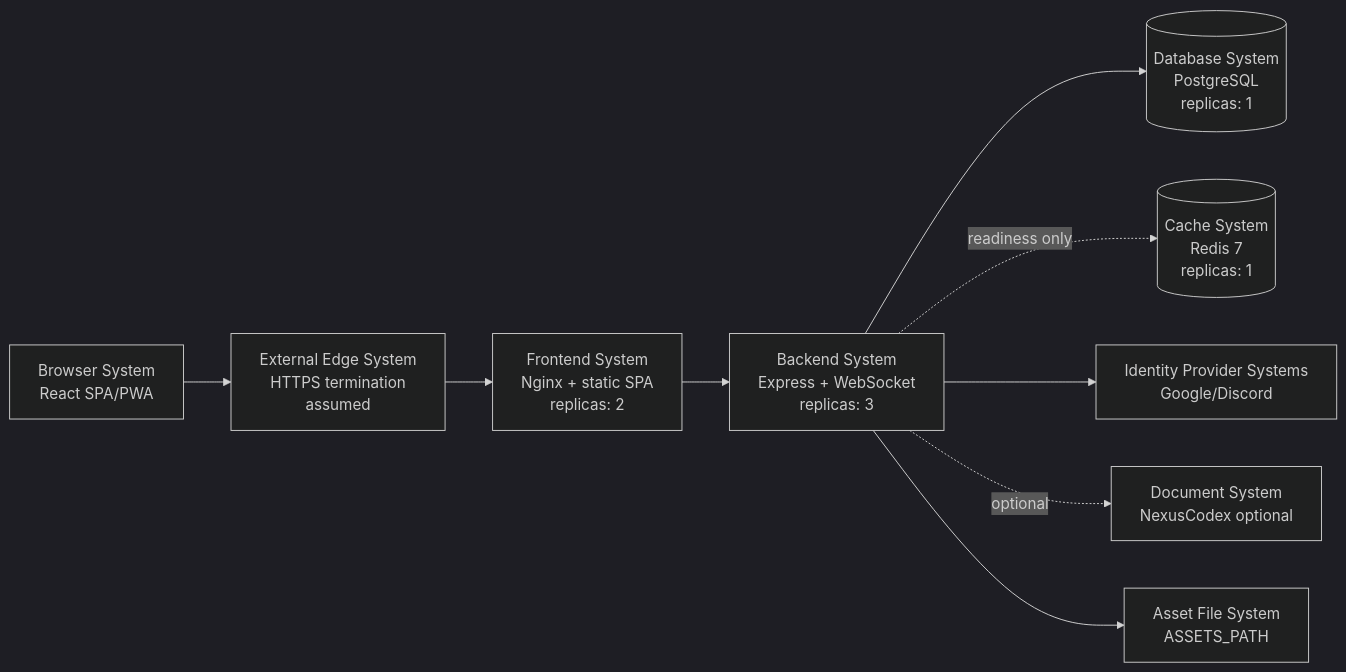
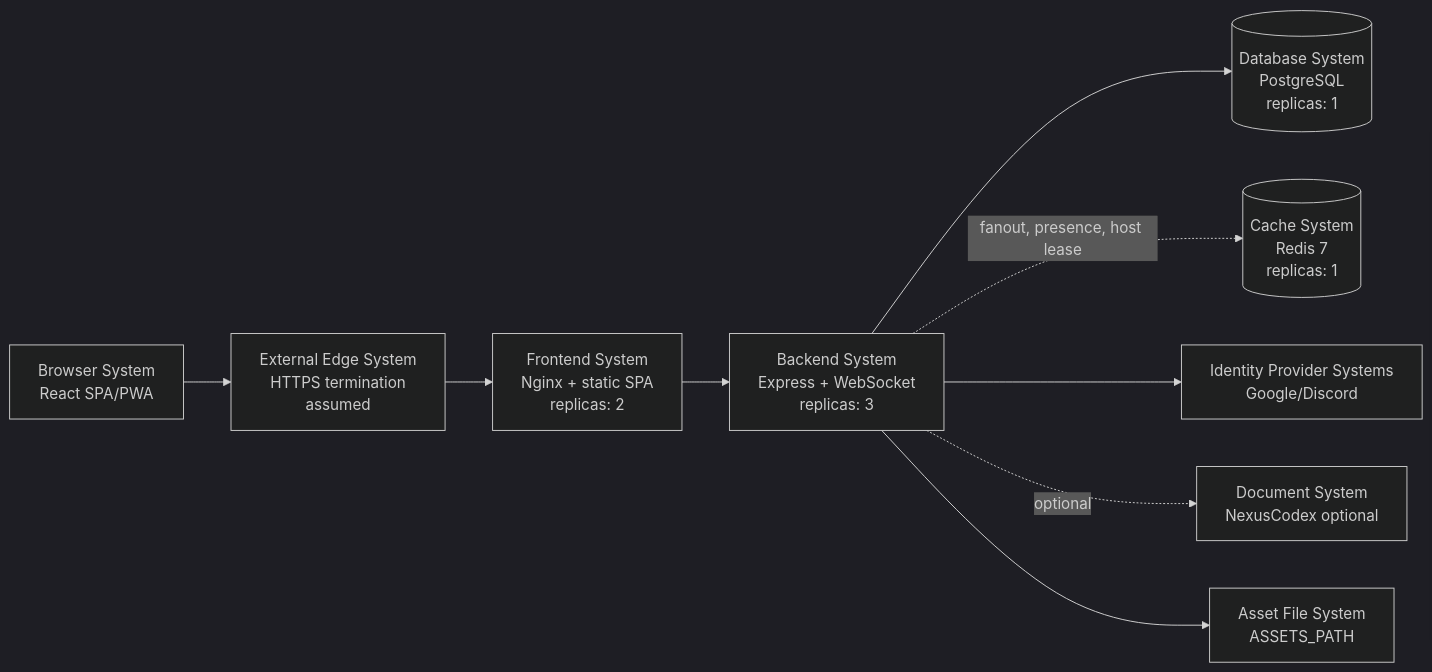
The diagram in docs/DoDEA/SV-1.md (joelmale/nexusVTT), drawn with Mermaid (dark theme) before and after one commit. The commit also changed other lines of this file and 225 other files, not shown here.

First line of the commit message:
Harden architecture and production resilience

````diff
--- a/docs/DoDEA/SV-1.md
+++ b/docs/DoDEA/SV-1.md
@@ -8,21 +8,21 @@
 ```mermaid
 flowchart LR
   browser[Browser System<br/>React SPA/PWA]
   edge[External Edge System<br/>HTTPS termination<br/>assumed]
   frontend[Frontend System<br/>Nginx + static SPA<br/>replicas: 2]
   backend[Backend System<br/>Express + WebSocket<br/>replicas: 3]
   postgres[(Database System<br/>PostgreSQL<br/>replicas: 1)]
   redis[(Cache System<br/>Redis 7<br/>replicas: 1)]
   oauth[Identity Provider Systems<br/>Google/Discord]
   codex[Document System<br/>NexusCodex optional]
   assetfs[Asset File System<br/>ASSETS_PATH]
 
   browser --> edge
   edge --> frontend
   frontend --> backend
   backend --> postgres
-  backend -. readiness only .-> redis
+  backend -. fanout, presence, host lease .-> redis
   backend --> oauth
   backend -. optional .-> codex
   backend --> assetfs
 ```
````
